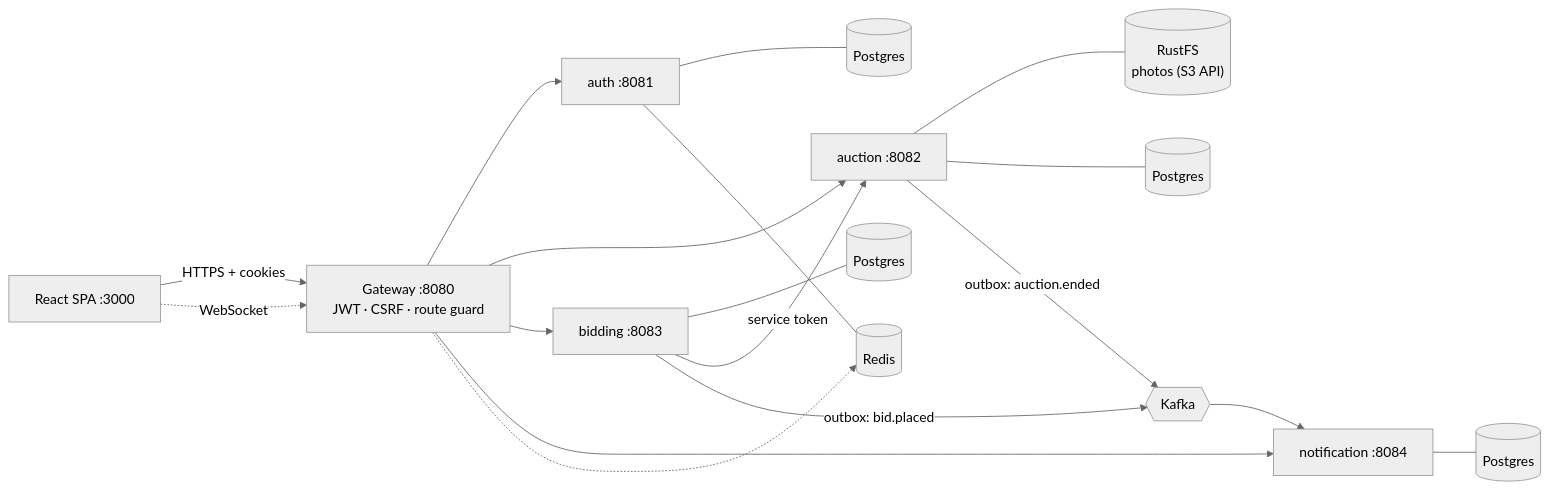
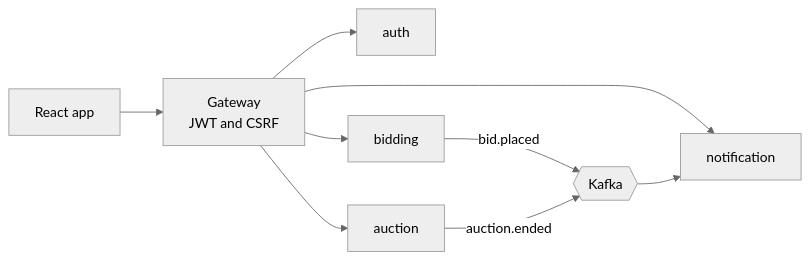
Before and after one commit to nethunirajapakse/rostra: the diagram in README.md, drawn with Mermaid (neutral theme). The commit also changed other lines of this file and 7 other files, not shown here.

````diff
--- a/README.md
+++ b/README.md
@@ -30,24 +34,11 @@
 ```mermaid
 flowchart LR
-    Browser["React SPA :3000"] -- "HTTPS + cookies" --> GW
-    Browser -. "WebSocket" .-> GW
-
-    GW["Gateway :8080<br/>JWT · CSRF · route guard"]
-    GW --> AUTH["auth :8081"]
-    GW --> AUC["auction :8082"]
-    GW --> BID["bidding :8083"]
-    GW --> NOT["notification :8084"]
-
-    AUC --- S3[("RustFS<br/>photos (S3 API)")]
-    AUTH --- DB1[("Postgres")]
-    AUC --- DB2[("Postgres")]
-    BID --- DB3[("Postgres")]
-    NOT --- DB4[("Postgres")]
-    AUTH --- R[("Redis")]
-    GW -.-> R
-
-    BID -- "service token" --> AUC
-    BID -- "outbox: bid.placed" --> K{{"Kafka"}}
-    AUC -- "outbox: auction.ended" --> K
+    Browser["React app"] --> GW["Gateway<br/>JWT and CSRF"]
+    GW --> AUTH["auth"]
+    GW --> AUC["auction"]
+    GW --> BID["bidding"]
+    GW --> NOT["notification"]
+    BID -- "bid.placed" --> K{{"Kafka"}}
+    AUC -- "auction.ended" --> K
     K --> NOT
 ```
````
